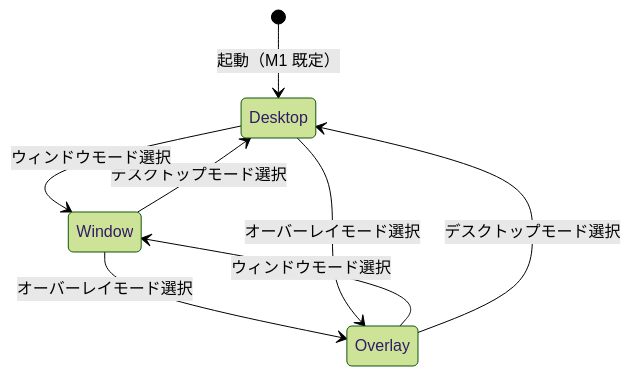
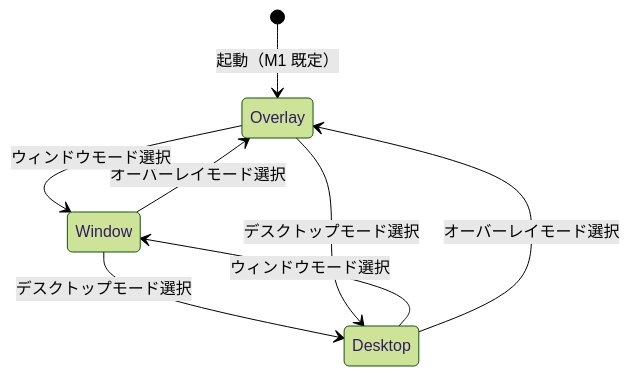
The diagram in docs/spec/12-display-modes.md (suzuki-hidehito66/Petatto-Kanban), drawn with Mermaid (forest theme) before and after one commit. The commit also changed other lines of this file and 18 other files, not shown here.

````diff
--- a/docs/spec/12-display-modes.md
+++ b/docs/spec/12-display-modes.md
@@ -212,10 +213,10 @@
 ```mermaid
 stateDiagram-v2
-    [*] --> Desktop: 起動（M1 既定）
+    [*] --> Overlay: 起動（M1 既定）
     Window --> Desktop: デスクトップモード選択
     Window --> Overlay: オーバーレイモード選択
     Desktop --> Window: ウィンドウモード選択
     Desktop --> Overlay: オーバーレイモード選択
     Overlay --> Window: ウィンドウモード選択
     Overlay --> Desktop: デスクトップモード選択
 ```
````
